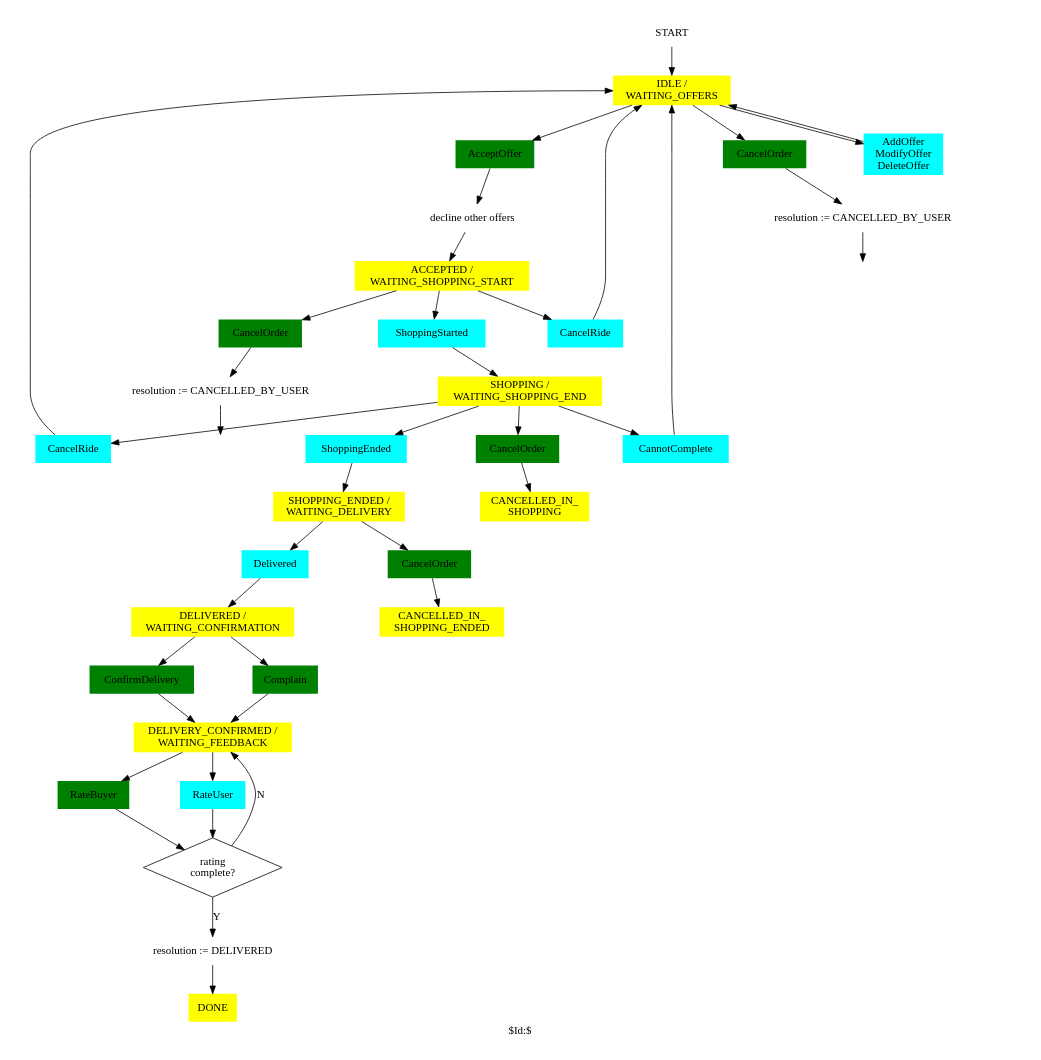
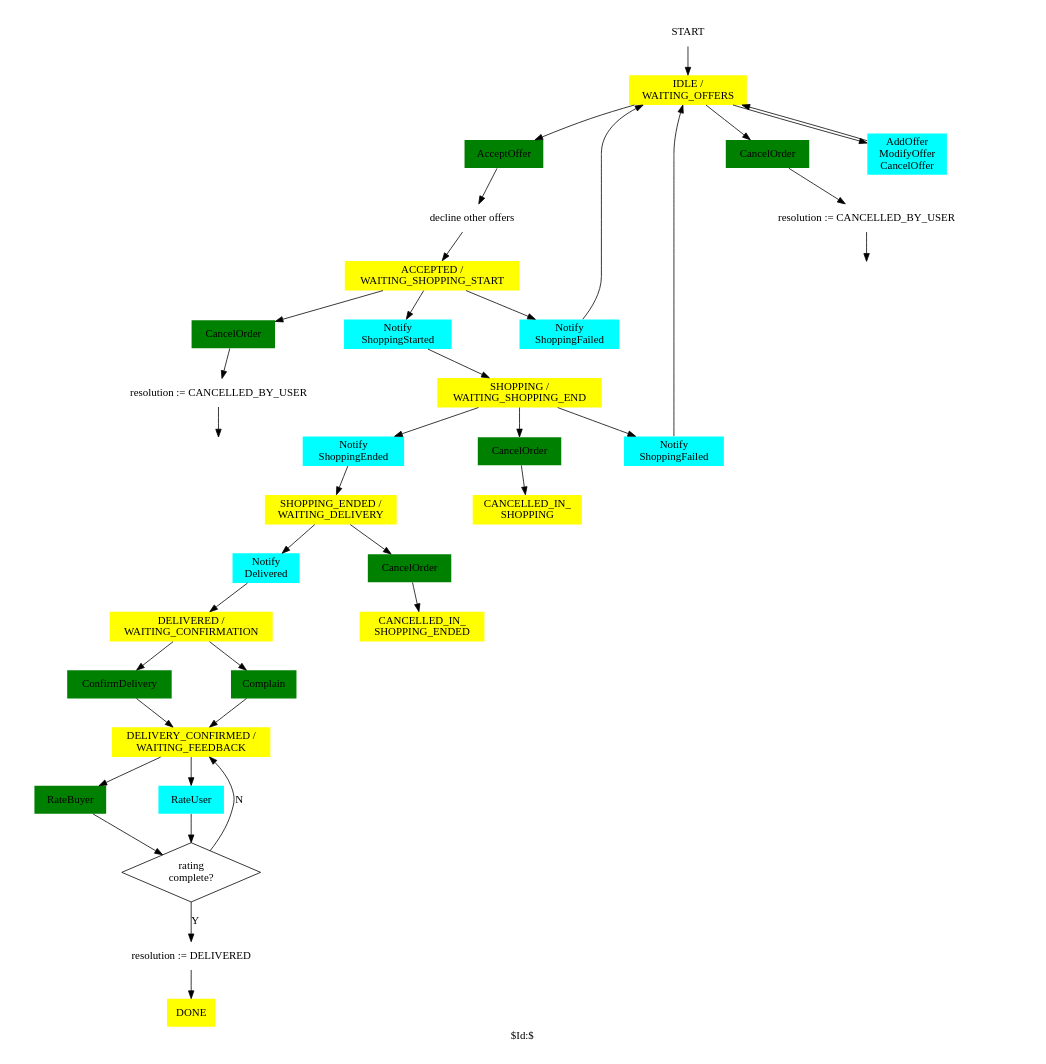
One commit to trodevel/lieferbay_protocol changed the diagram in docs/Order.gv. Above: the diagram before and after it, drawn with Graphviz. The commit also changed 2 other files, not shown here.

```diff
--- a/docs/Order.gv
+++ b/docs/Order.gv
@@ -1,110 +1,108 @@
 # Order FSM.
 #
 # Copyright (C) 2019 Sergey Kolevatov
 #
 # This program is free software: you can redistribute it and/or modify
 # it under the terms of the GNU General Public License as published by
 # the Free Software Foundation, either version 3 of the License, or
 # (at your option) any later version.
 #
 # This program is distributed in the hope that it will be useful,
 # but WITHOUT ANY WARRANTY; without even the implied warranty of
 # MERCHANTABILITY or FITNESS FOR A PARTICULAR PURPOSE. See the
 # GNU General Public License for more details.
 #
 # You should have received a copy of the GNU General Public License
 # along with this program. If not, see <http://www.gnu.org/licenses/>.
 #
 # SKV 19a31
 #
 # $Id:$
 #
 # execute: FL=Order; dot -l sdl.ps -Tps $FL.gv -o $FL.ps; ps2pdf $FL.ps $FL.pdf
 
 digraph Order
 {
 
 label="$Id:$";
 
 size="7,7";
 ratio=fill;
 splines=true;
 node [peripheries=0 style=filled fillcolor=white]
 
 ######################################################
 # states
 
 START                           [ shape = sdl_start ]
 WAITING_OFFERS                  [ label = "IDLE /\nWAITING_OFFERS"                shape = sdl_state fillcolor=yellow ]
 ACCEPTED_WAITING_SHOPPING_START [ label = "ACCEPTED /\nWAITING_SHOPPING_START"    shape = sdl_state fillcolor=yellow ]
 SHOPPING_WAITING_SHOPPING_END   [ label = "SHOPPING /\nWAITING_SHOPPING_END"      shape = sdl_state fillcolor=yellow ]
 CANCELLED_IN_SHOPPING           [ label = "CANCELLED_IN_\nSHOPPING"               shape = sdl_state fillcolor=yellow ]
 SHOPPING_ENDED_WAITING_DELIVERY [ label = "SHOPPING_ENDED /\nWAITING_DELIVERY"    shape = sdl_state fillcolor=yellow ]
 CANCELLED_IN_SHOPPING_ENDED     [ label = "CANCELLED_IN_\nSHOPPING_ENDED"         shape = sdl_state fillcolor=yellow ]
 DELIVERED_WAITING_CONFIRMATION  [ label = "DELIVERED /\nWAITING_CONFIRMATION"     shape = sdl_state fillcolor=yellow ]
 DELIVERY_CONFIRMED_WAITING_FEEDBACK      [ label = "DELIVERY_CONFIRMED /\nWAITING_FEEDBACK"         shape = sdl_state fillcolor=yellow ]
 DONE                            [ label = "DONE"                                  shape = sdl_state fillcolor=yellow ]
 
 ######################################################
 # actions
 
 WAITING_OFFERS__ACCEPT_OFFER            [ label="AcceptOffer"                       shape = sdl_input_from_left  fillcolor=green ]
 WAITING_OFFERS__CALL_DECLINE_OTHER_OFFERS [ label="decline other offers"            shape = sdl_call ]
 WAITING_OFFERS__CANCEL_ORDER            [ label="CancelOrder"                       shape = sdl_input_from_left  fillcolor=green ]
 WAITING_OFFERS__RESOL_1                 [ label="resolution := CANCELLED_BY_USER"   shape = sdl_task ]
-WAITING_OFFERS__ADD_OFFER               [ label="AddOffer\nModifyOffer\nDeleteOffer" shape = sdl_input_from_right fillcolor=cyan ]
+WAITING_OFFERS__ADD_OFFER               [ label="AddOffer\nModifyOffer\nCancelOffer" shape = sdl_input_from_right fillcolor=cyan ]
 WAITING_OFFERS__END                     [ label = ""                                shape = sdl_stop  style=solid ]
 
-ACCEPTED_WAITING_SHOPPING_START__SHOPPING_STARTED [ label="ShoppingStarted"                   shape = sdl_input_from_right fillcolor=cyan ]
+ACCEPTED_WAITING_SHOPPING_START__SHOPPING_STARTED [ label="Notify\nShoppingStarted"           shape = sdl_input_from_right fillcolor=cyan ]
 ACCEPTED_WAITING_SHOPPING_START__CANCEL_ORDER     [ label="CancelOrder"                       shape = sdl_input_from_left  fillcolor=green ]
 ACCEPTED_WAITING_SHOPPING_START__RESOL_1          [ label="resolution := CANCELLED_BY_USER"   shape = sdl_task ]
-ACCEPTED_WAITING_SHOPPING_START__CANCEL_RIDE      [ label="CancelRide"                        shape = sdl_input_from_right fillcolor=cyan ]
+ACCEPTED_WAITING_SHOPPING_START__SHOPPING_FAILED  [ label="Notify\nShoppingFailed"            shape = sdl_input_from_right fillcolor=cyan ]
 ACCEPTED_WAITING_SHOPPING_START__END              [ label = ""                                shape = sdl_stop  style=solid ]
 
-SHOPPING_WAITING_SHOPPING_END__SHOPPING_ENDED     [ label="ShoppingEnded"                     shape = sdl_input_from_right fillcolor=cyan ]
-SHOPPING_WAITING_SHOPPING_END__CANCEL_RIDE        [ label="CancelRide"                        shape = sdl_input_from_right fillcolor=cyan ]
-SHOPPING_WAITING_SHOPPING_END__CANNOT_COMPLETE    [ label="CannotComplete"                    shape = sdl_input_from_right fillcolor=cyan ]
+SHOPPING_WAITING_SHOPPING_END__SHOPPING_ENDED     [ label="Notify\nShoppingEnded"             shape = sdl_input_from_right fillcolor=cyan ]
+SHOPPING_WAITING_SHOPPING_END__SHOPPING_FAILED    [ label="Notify\nShoppingFailed"            shape = sdl_input_from_right fillcolor=cyan ]
 SHOPPING_WAITING_SHOPPING_END__CANCEL_ORDER       [ label="CancelOrder"                       shape = sdl_input_from_left  fillcolor=green ]
 
-SHOPPING_ENDED_WAITING_DELIVERY__DELIVERED        [ label="Delivered"                         shape = sdl_input_from_right fillcolor=cyan ]
+SHOPPING_ENDED_WAITING_DELIVERY__DELIVERED        [ label="Notify\nDelivered"                 shape = sdl_input_from_right fillcolor=cyan ]
 SHOPPING_ENDED_WAITING_DELIVERY__CANCEL_ORDER     [ label="CancelOrder"                       shape = sdl_input_from_left  fillcolor=green ]
 
 DELIVERED_WAITING_CONFIRMATION__CONFIRM           [ label="ConfirmDelivery"                   shape = sdl_input_from_left  fillcolor=green ]
 DELIVERED_WAITING_CONFIRMATION__COMPLAIN          [ label="Complain"                          shape = sdl_input_from_left  fillcolor=green ]
 
 DELIVERY_CONFIRMED_WAITING_FEEDBACK__RATE_BUYER    [ label="RateBuyer"                        shape = sdl_input_from_left  fillcolor=green ]
 DELIVERY_CONFIRMED_WAITING_FEEDBACK__RATE_USER     [ label="RateUser"                         shape = sdl_input_from_right fillcolor=cyan ]
 DELIVERY_CONFIRMED_WAITING_FEEDBACK__RATING_COMPLETE [ label="rating\ncomplete?"              shape = diamond peripheries=1]
 DELIVERY_CONFIRMED_WAITING_FEEDBACK__RESOL_1         [ label="resolution := DELIVERED"        shape = sdl_task ]
 
 ######################################################
 # transitions
 
 START -> WAITING_OFFERS
 
 WAITING_OFFERS -> WAITING_OFFERS__ACCEPT_OFFER   -> WAITING_OFFERS__CALL_DECLINE_OTHER_OFFERS -> ACCEPTED_WAITING_SHOPPING_START
 WAITING_OFFERS -> WAITING_OFFERS__CANCEL_ORDER   -> WAITING_OFFERS__RESOL_1 -> WAITING_OFFERS__END
 WAITING_OFFERS -> WAITING_OFFERS__ADD_OFFER      -> WAITING_OFFERS
 
 ACCEPTED_WAITING_SHOPPING_START -> ACCEPTED_WAITING_SHOPPING_START__SHOPPING_STARTED -> SHOPPING_WAITING_SHOPPING_END
 ACCEPTED_WAITING_SHOPPING_START -> ACCEPTED_WAITING_SHOPPING_START__CANCEL_ORDER     -> ACCEPTED_WAITING_SHOPPING_START__RESOL_1 -> ACCEPTED_WAITING_SHOPPING_START__END
-ACCEPTED_WAITING_SHOPPING_START -> ACCEPTED_WAITING_SHOPPING_START__CANCEL_RIDE      -> WAITING_OFFERS
+ACCEPTED_WAITING_SHOPPING_START -> ACCEPTED_WAITING_SHOPPING_START__SHOPPING_FAILED      -> WAITING_OFFERS
 
 SHOPPING_WAITING_SHOPPING_END -> SHOPPING_WAITING_SHOPPING_END__SHOPPING_ENDED  -> SHOPPING_ENDED_WAITING_DELIVERY
-SHOPPING_WAITING_SHOPPING_END -> SHOPPING_WAITING_SHOPPING_END__CANCEL_RIDE     -> WAITING_OFFERS
-SHOPPING_WAITING_SHOPPING_END -> SHOPPING_WAITING_SHOPPING_END__CANNOT_COMPLETE -> WAITING_OFFERS
+SHOPPING_WAITING_SHOPPING_END -> SHOPPING_WAITING_SHOPPING_END__SHOPPING_FAILED -> WAITING_OFFERS
 SHOPPING_WAITING_SHOPPING_END -> SHOPPING_WAITING_SHOPPING_END__CANCEL_ORDER    -> CANCELLED_IN_SHOPPING
 
 SHOPPING_ENDED_WAITING_DELIVERY -> SHOPPING_ENDED_WAITING_DELIVERY__DELIVERED      -> DELIVERED_WAITING_CONFIRMATION
 SHOPPING_ENDED_WAITING_DELIVERY -> SHOPPING_ENDED_WAITING_DELIVERY__CANCEL_ORDER   -> CANCELLED_IN_SHOPPING_ENDED
 
 DELIVERED_WAITING_CONFIRMATION -> DELIVERED_WAITING_CONFIRMATION__CONFIRM  -> DELIVERY_CONFIRMED_WAITING_FEEDBACK
 DELIVERED_WAITING_CONFIRMATION -> DELIVERED_WAITING_CONFIRMATION__COMPLAIN -> DELIVERY_CONFIRMED_WAITING_FEEDBACK
 
 DELIVERY_CONFIRMED_WAITING_FEEDBACK -> DELIVERY_CONFIRMED_WAITING_FEEDBACK__RATE_BUYER -> DELIVERY_CONFIRMED_WAITING_FEEDBACK__RATING_COMPLETE
 DELIVERY_CONFIRMED_WAITING_FEEDBACK -> DELIVERY_CONFIRMED_WAITING_FEEDBACK__RATE_USER  -> DELIVERY_CONFIRMED_WAITING_FEEDBACK__RATING_COMPLETE
                                                                                           DELIVERY_CONFIRMED_WAITING_FEEDBACK__RATING_COMPLETE -> DELIVERY_CONFIRMED_WAITING_FEEDBACK__RESOL_1 [ label="Y" ]
                                                                                                                                                   DELIVERY_CONFIRMED_WAITING_FEEDBACK__RESOL_1 -> DONE
                                                                                           DELIVERY_CONFIRMED_WAITING_FEEDBACK__RATING_COMPLETE -> DELIVERY_CONFIRMED_WAITING_FEEDBACK          [ label="N" ]
 
 }
```
